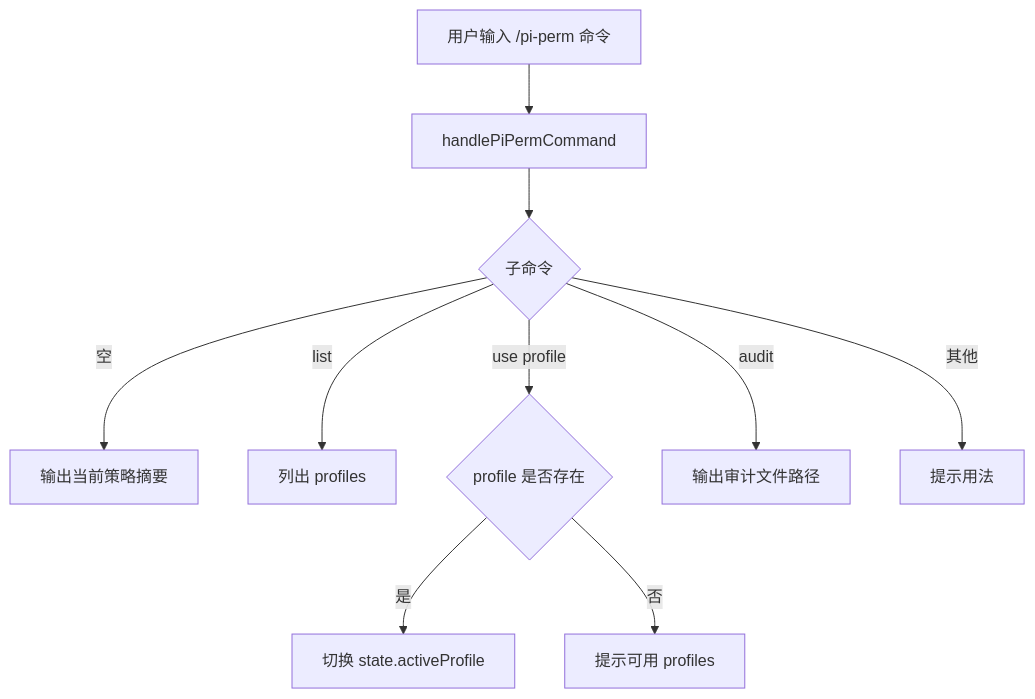
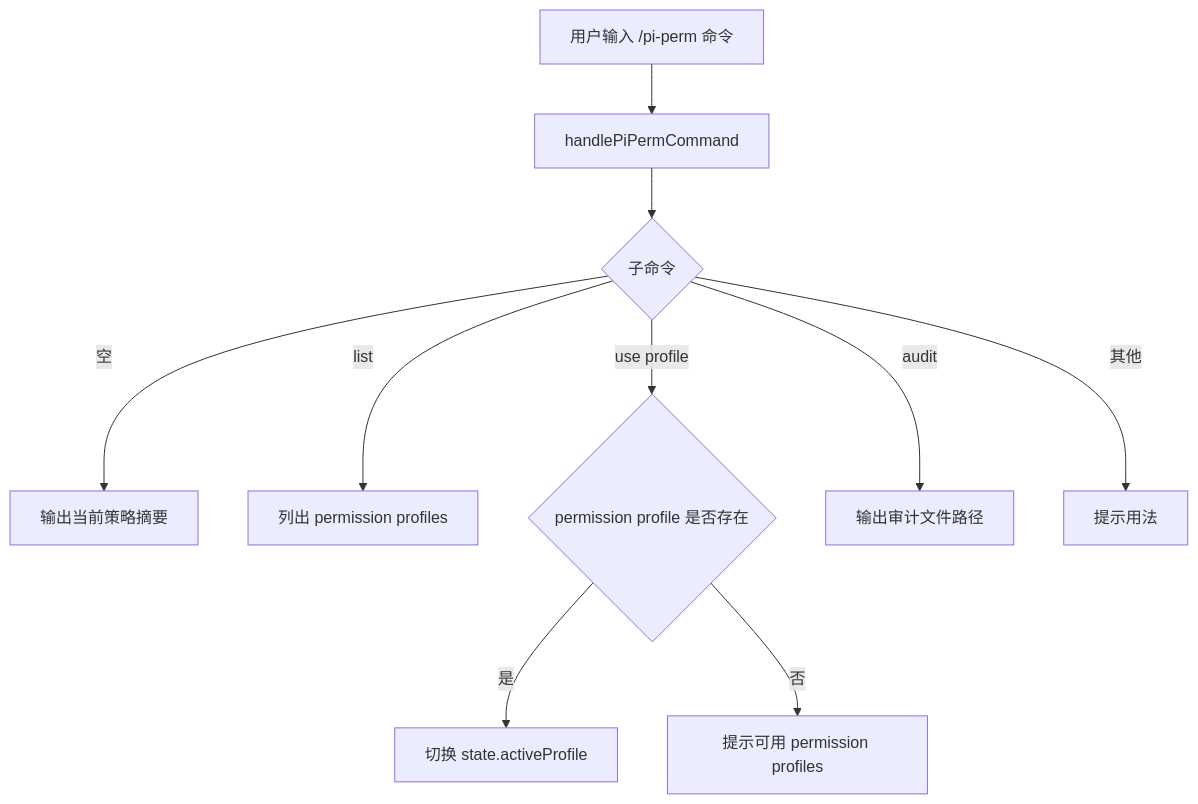
Before and after one commit to DCRcoder/pi-perm: the third of 3 diagrams in doc/PiPerm实现文档.md, drawn with Mermaid. The commit also changed other lines of this file and 28 other files, not shown here.

First line of the commit message:
feat(权限): 切换为 permission profiles 配置模型

````diff
--- a/doc/PiPerm实现文档.md
+++ b/doc/PiPerm实现文档.md
@@ -141,12 +195,12 @@
 ```mermaid
 flowchart TD
   A[用户输入 /pi-perm 命令] --> B[handlePiPermCommand]
   B --> C{子命令}
   C -->|空| D[输出当前策略摘要]
-  C -->|list| E[列出 profiles]
-  C -->|use profile| F{profile 是否存在}
+  C -->|list| E[列出 permission profiles]
+  C -->|use profile| F{permission profile 是否存在}
   F -->|是| G[切换 state.activeProfile]
-  F -->|否| H[提示可用 profiles]
+  F -->|否| H[提示可用 permission profiles]
   C -->|audit| I[输出审计文件路径]
   C -->|其他| J[提示用法]
 ```
````
